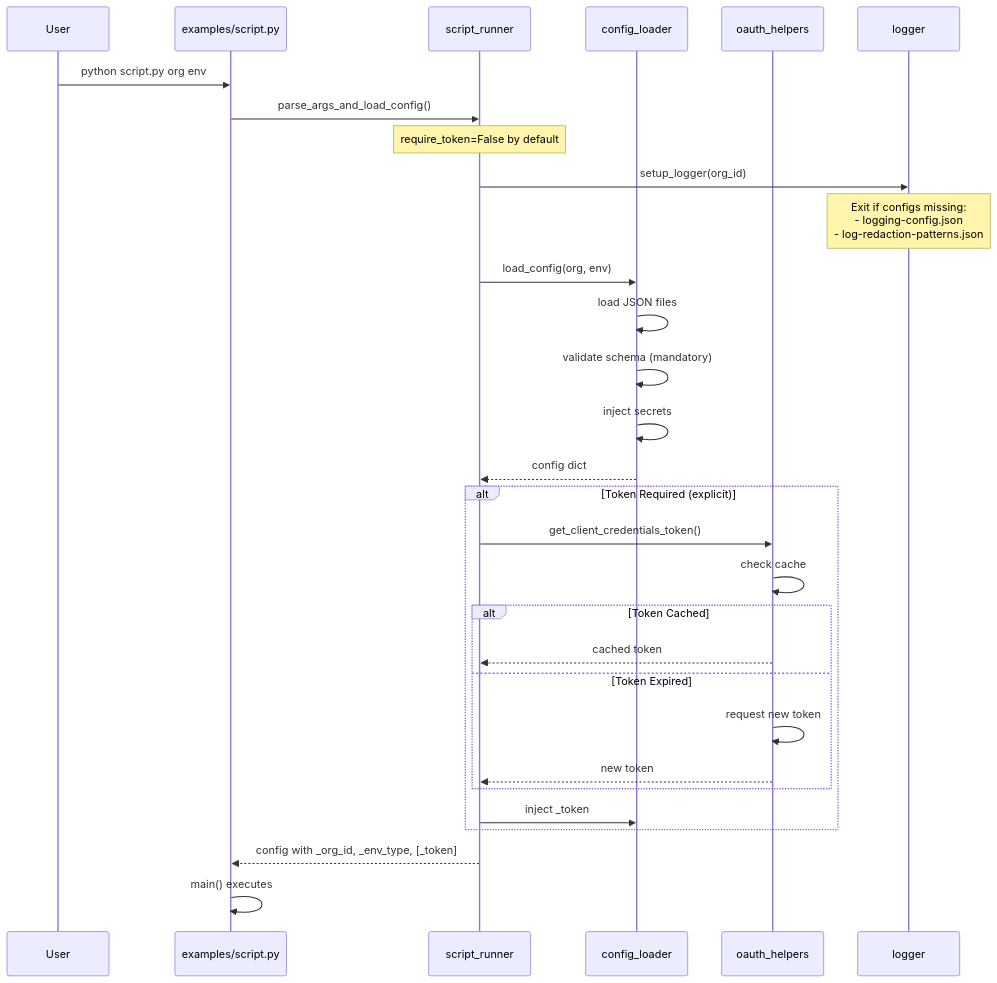
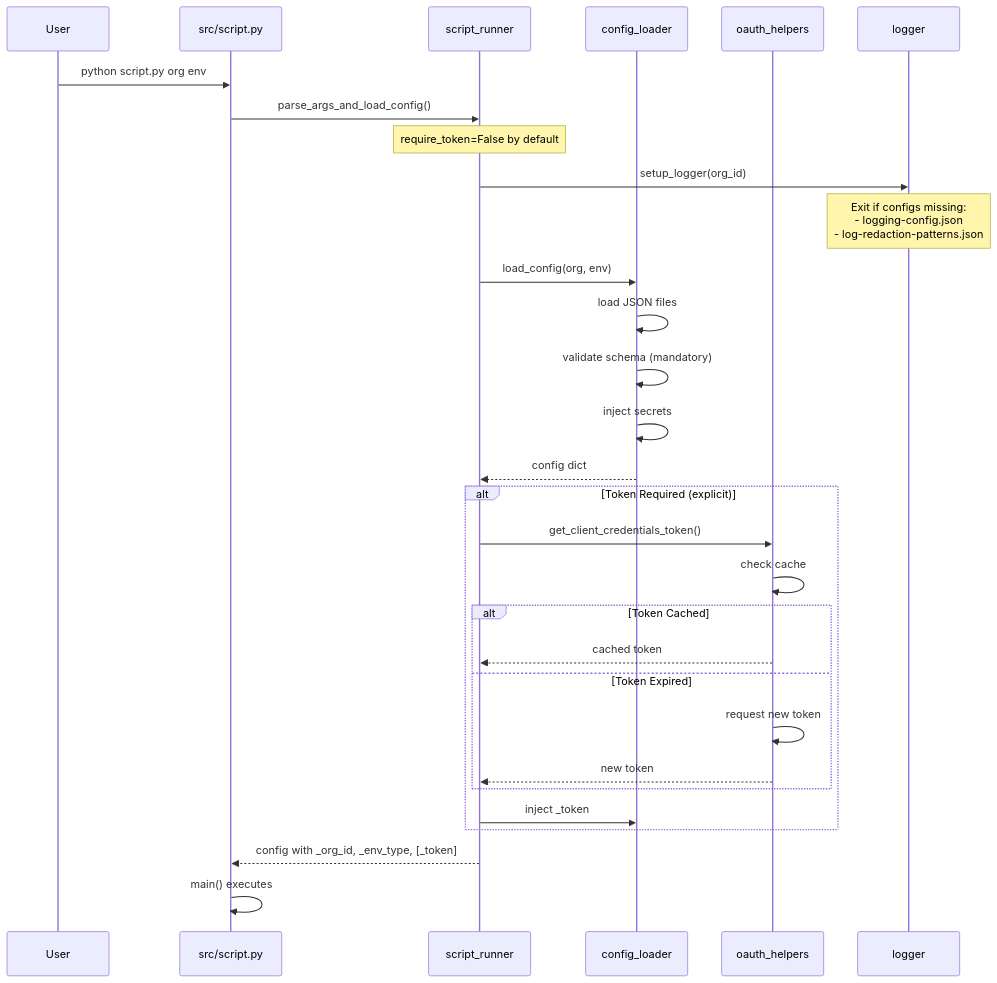
The second of 4 diagrams in module-dependency-diagram.md (tentixo/txo-python-template), drawn with Mermaid before and after one commit. The commit also changed other lines of this file and 43 other files, not shown here.

````diff
--- a/module-dependency-diagram.md
+++ b/module-dependency-diagram.md
@@ -203,39 +142,39 @@
 ```mermaid
 sequenceDiagram
     participant User
-    participant Script as examples/script.py
+    participant Script as src/script.py
     participant Runner as script_runner
     participant Config as config_loader
     participant OAuth as oauth_helpers
     participant Logger as logger
 
     User->>Script: python script.py org env
     Script->>Runner: parse_args_and_load_config()
-    
+
     Note over Runner: require_token=False by default
-    
+
     Runner->>Logger: setup_logger(org_id)
-    
+
     Note over Logger: Exit if configs missing:<br/>- logging-config.json<br/>- log-redaction-patterns.json
-    
+
     Runner->>Config: load_config(org, env)
     Config->>Config: load JSON files
     Config->>Config: validate schema (mandatory)
     Config->>Config: inject secrets
     Config-->>Runner: config dict
-    
+
     alt Token Required (explicit)
         Runner->>OAuth: get_client_credentials_token()
         OAuth->>OAuth: check cache
         alt Token Cached
             OAuth-->>Runner: cached token
         else Token Expired
             OAuth->>OAuth: request new token
             OAuth-->>Runner: new token
         end
         Runner->>Config: inject _token
     end
-    
+
     Runner-->>Script: config with _org_id, _env_type, [_token]
     Script->>Script: main() executes
 ```
````
